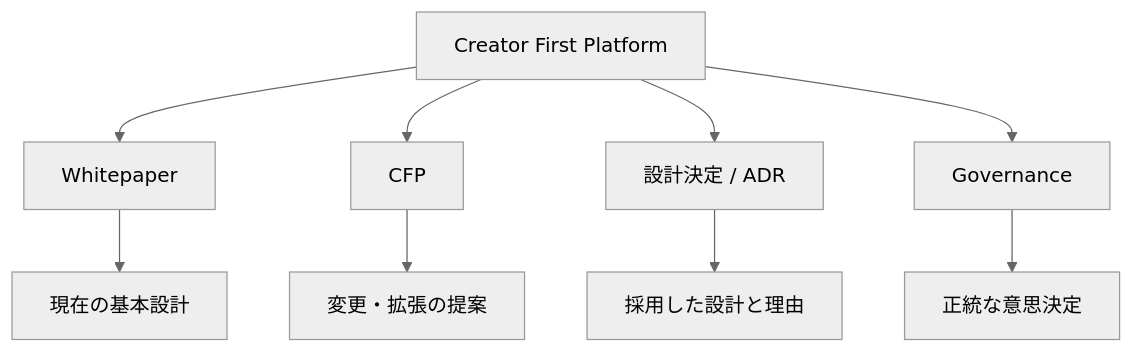
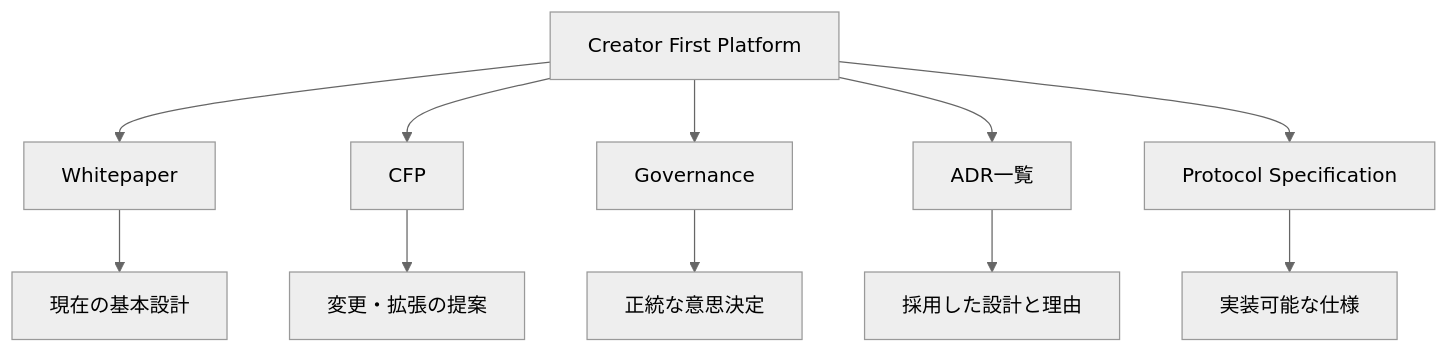
The fourth of 5 diagrams in docs/index.md (ShigeichiroYamasaki/creator-first-platform), drawn with Mermaid (neutral theme) before and after one commit. The commit also changed other lines of this file and 1 other file, not shown here.

````diff
--- a/docs/index.md
+++ b/docs/index.md
@@ -128,14 +184,16 @@
 ```mermaid
 flowchart TD
     TOP[Creator First Platform]
 
     TOP --> WP[Whitepaper]
     TOP --> CFP[CFP]
-    TOP --> ADR[設計決定 / ADR]
     TOP --> GOV[Governance]
+    TOP --> ADR[ADR一覧]
+    TOP --> PROTOCOL[Protocol Specification]
 
     WP --> CURRENT[現在の基本設計]
     CFP --> CHANGE[変更・拡張の提案]
+    GOV --> DECISION[正統な意思決定]
     ADR --> DESIGN[採用した設計と理由]
-    GOV --> DECISION[正統な意思決定]
+    PROTOCOL --> IMPLEMENT[実装可能な仕様]
 ```
````
